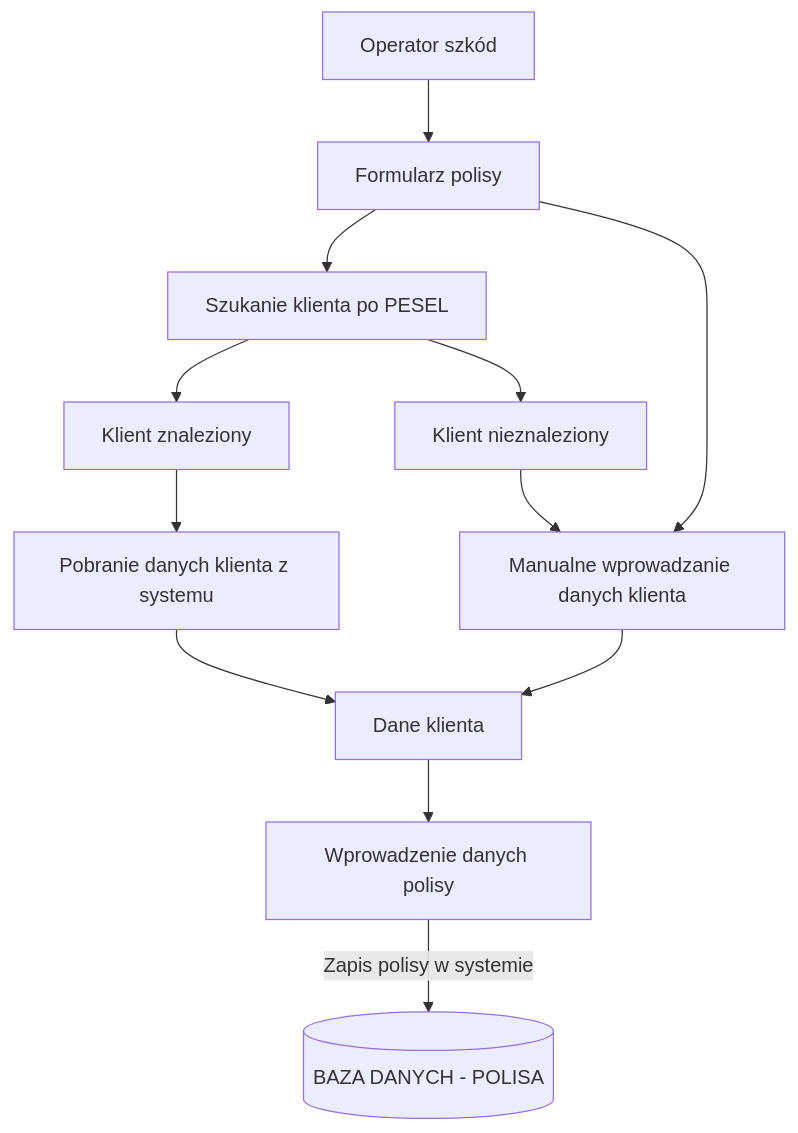
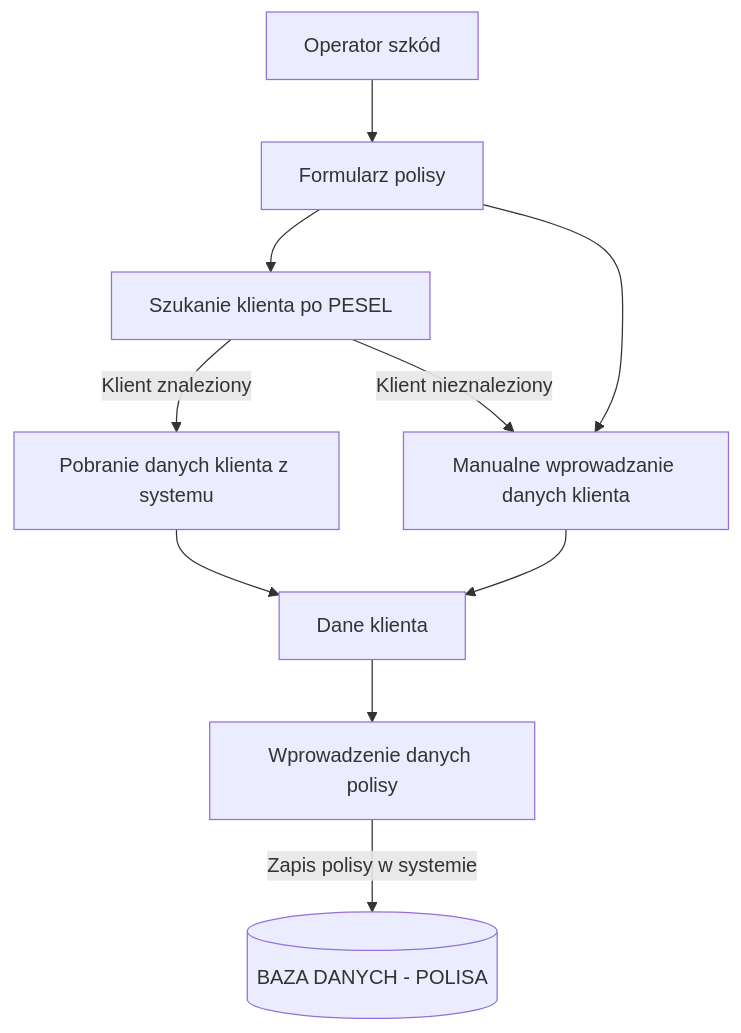
Before and after one commit to ArkadiuszBorkowski/Insurance-Management-System: the second of 5 diagrams in README.md, drawn with Mermaid.

````diff
--- a/README.md
+++ b/README.md
@@ -35,14 +35,12 @@
 ```mermaid
 graph TD
     A[Operator szkód] --> B[Formularz polisy]
     B --> C[Szukanie klienta po PESEL]
-    C --> D[Klient znaleziony]
-    D --> E[Pobranie danych klienta z systemu]
+    C -- Klient znaleziony -->E[Pobranie danych klienta z systemu]
     E --> M[Dane klienta]
-    C --> F[Klient nieznaleziony]
-    F --> L[Manualne wprowadzanie danych klienta]
+    C -- Klient nieznaleziony --> L[Manualne wprowadzanie danych klienta]
     B --> L[Manualne wprowadzanie danych klienta]
     L --> M[Dane klienta]
     M --> N[Wprowadzenie danych polisy]
     N -- Zapis polisy w systemie--> id1[(BAZA DANYCH - POLISA)]
 ```
````
